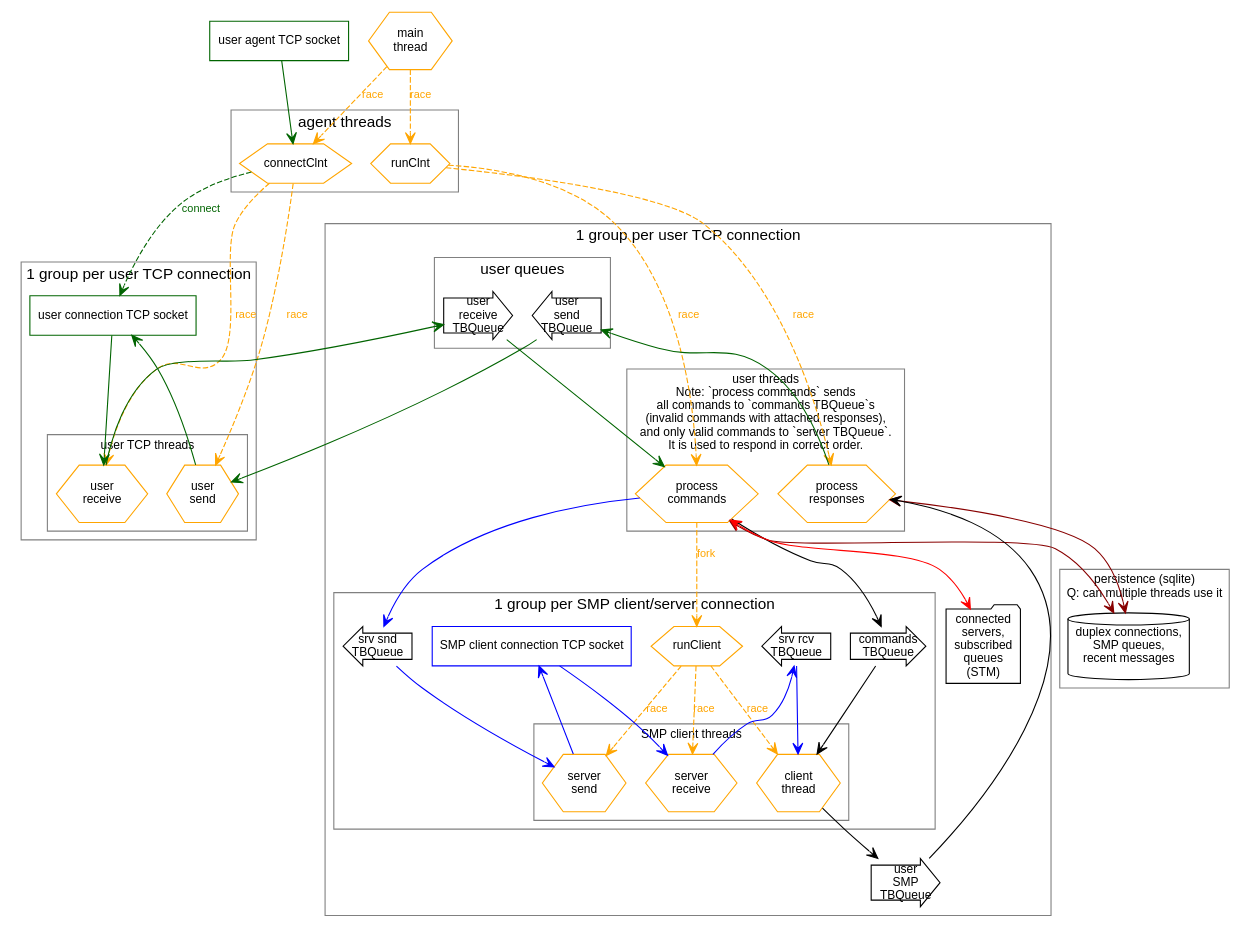
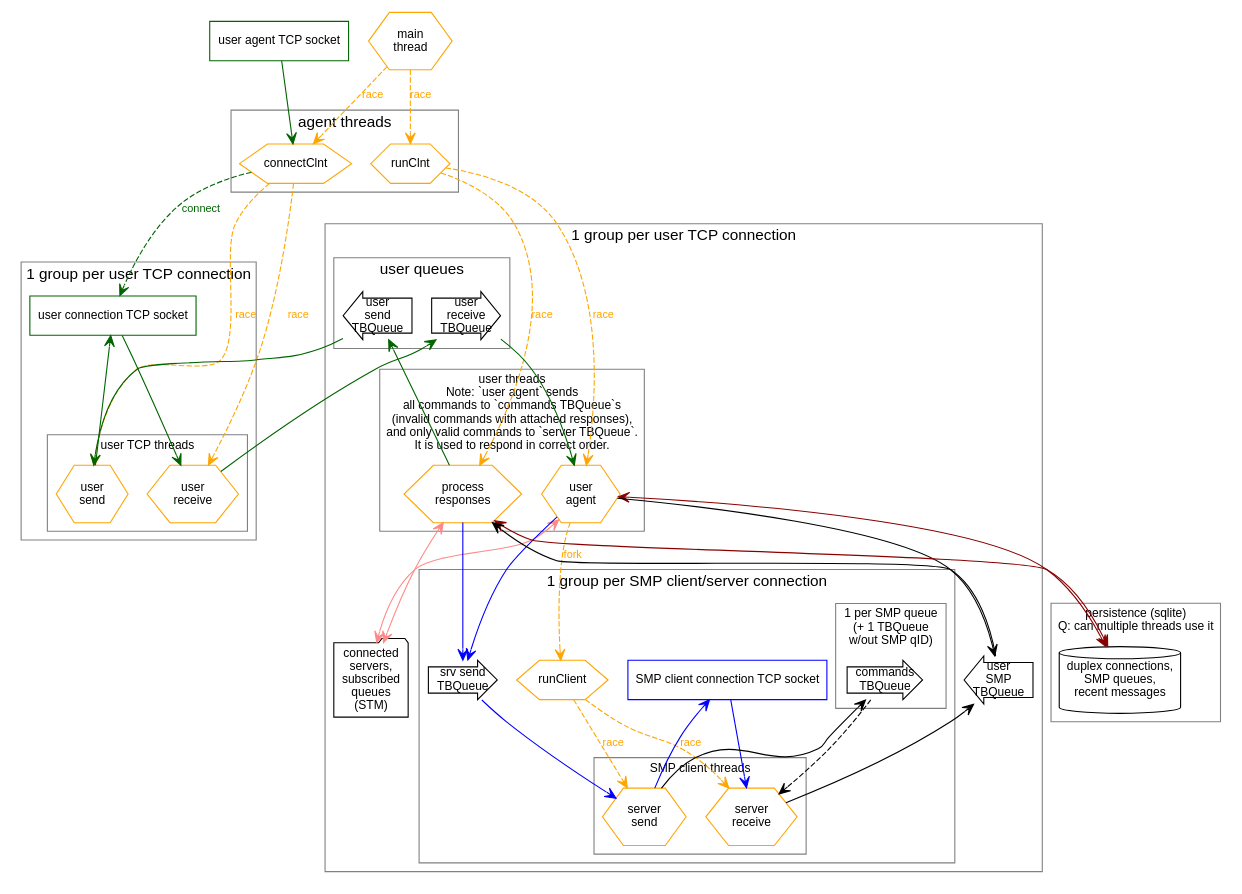
The diagram in design/agent2.gv (simplex-chat/simplexmq), drawn with Graphviz before and after one commit.

Commit message:
diagram: 1 commands queue per SMP queue to correlate commands with responses

```diff
--- a/design/agent2.gv
+++ b/design/agent2.gv
@@ -1,103 +1,106 @@
 digraph SMPAgent {
   graph [fontname=arial]
   node [fontname=arial fontsize=11 shape=box]
   edge [fontname=arial fontsize=10 arrowhead=open arrowtail=open]
 
   main [shape=hexagon color=orange label="main\nthread"]
   aSock [label="user agent TCP socket" color=darkgreen]
 
   subgraph clusterPersistence {
     graph [fontsize=11 color=gray]
     label="persistence (sqlite)\nQ: can multiple threads use it"
     connectionsStore [shape=cylinder label="duplex connections,\nSMP queues,\nrecent messages"]
   }
 
   subgraph clusterAgent {
     graph [color=gray]
     node [shape=hexagon color=orange]
     label="agent threads" 
     connectClnt
     runClnt
   }
 
   main -> {runClnt connectClnt} [style=dashed label="race" color=orange fontcolor=orange]
   aSock -> connectClnt [color=darkgreen]
 
   subgraph clusterUserTCP {
     graph [color=gray]
     label="1 group per user TCP connection"
     uSock [label="user connection TCP socket" color=darkgreen]
 
     subgraph clusterUserTCPThreads {
       graph [fontsize=11 color=gray]
       label="user TCP threads"
       node [shape=hexagon, color=orange]
       uRcv [label="user\nreceive"]
       uSnd [label="user\nsend"]
     }
 
     uSock -> uRcv [color=darkgreen]
     uSnd -> uSock [color=darkgreen]
   }
 
   subgraph clusterUser {
     graph [color=gray]
     label="1 group per user TCP connection"
 
     subgraph clusterUserInterface {
       label="user queues"
       uInq [shape=rarrow label="user\nreceive\nTBQueue"]
       uOutq [shape=larrow label="user\nsend\nTBQueue"]
     }
 
     subgraph clusterUserThreads {
       graph [fontsize=11 color=gray]
-      label="user threads\nNote: `process commands` sends\nall commands to `commands TBQueue`s\n(invalid commands with attached responses),\nand only valid commands to `server TBQueue`.\nIt is used to respond in correct order."
+      label="user threads\nNote: `user agent` sends\nall commands to `commands TBQueue`s\n(invalid commands with attached responses),\nand only valid commands to `server TBQueue`.\nIt is used to respond in correct order."
       node [shape=hexagon, color=orange]
-      uAgent [label="process\ncommands"]
+      uAgent [label="user\nagent"]
       uProcess [label="process\nresponses"]
     }
 
     uRcv -> uInq -> uAgent [color=darkgreen]
     uProcess -> uOutq -> uSnd [color=darkgreen]
 
+    userState [label="connected\nservers,\nsubscribed\nqueues\n(STM)" shape="folder"]
+
+    uRespq [shape=larrow label="user\nSMP\nTBQueue"]
+
     subgraph clusterClient {
       graph [color=gray]
       label="1 group per SMP client/server connection"
       runClient [shape=hexagon, color=orange]
-      sOutq [shape=larrow label="srv snd\nTBQueue"]
-      iInq [shape=larrow  label="srv rcv\nTBQueue"]
-      sCmdq [shape=rarrow label="commands\nTBQueue"]
+      sOutq [shape=rarrow label="srv send\nTBQueue"]
       sSock [label="SMP client connection TCP socket" color=blue]
+
+      subgraph clusterQueue {
+        graph [fontsize=11 color=gray]
+        label="1 per SMP queue\n(+ 1 TBQueue\nw/out SMP qID)"
+        sCmdq [shape=rarrow label="commands\nTBQueue"]
+      }
 
       subgraph clusterServerThreads {
         graph [fontsize=11 color=gray]
         label="SMP client threads"
         node [shape=hexagon, color=orange]
-        sAgent [label="client\nthread"]
-        sRcv [label="server\nreceive"]
+        sAgent [label="server\nreceive"]
         sSnd [label="server\nsend"]
       }
 
-      runClient -> {sAgent sRcv sSnd} [style=dashed label=race color=orange fontcolor=orange]
-      sSock -> sRcv -> iInq -> sAgent [color=blue]
-      uAgent -> sOutq -> sSnd -> sSock [color=blue]
+      runClient -> {sAgent sSnd} [style=dashed label=race color=orange fontcolor=orange]
+      {uAgent uProcess} -> sOutq -> sSnd -> sSock -> sAgent [color=blue]
     }
 
-    uAgent -> userState [dir=both color=red]
+    {uAgent uProcess} -> userState [dir=both color="#FF8888"]
     {uAgent uProcess} -> connectionsStore [dir=both color="#880000"]
 
     connectClnt -> uSock [style=dashed label="connect" color=darkgreen fontcolor=darkgreen]
     connectClnt -> {uRcv uSnd} [style=dashed label="race" color=orange fontcolor=orange]
     runClnt -> {uAgent uProcess} [style=dashed label="race" color=orange fontcolor=orange]
 
-    userState [label="connected\nservers,\nsubscribed\nqueues\n(STM)" shape="folder"]
-    uRespq [shape=rarrow label="user\nSMP\nTBQueue"]
-
-    uAgent -> sCmdq
-    sCmdq -> sAgent
-    sAgent -> uRespq -> uProcess
+    sSnd -> sCmdq
+    sCmdq -> sAgent [style=dashed]
+    {sAgent uAgent} -> uRespq -> uProcess
 
     uAgent -> runClient [style=dashed label="fork" color=orange fontcolor=orange]
   }
 }
```
